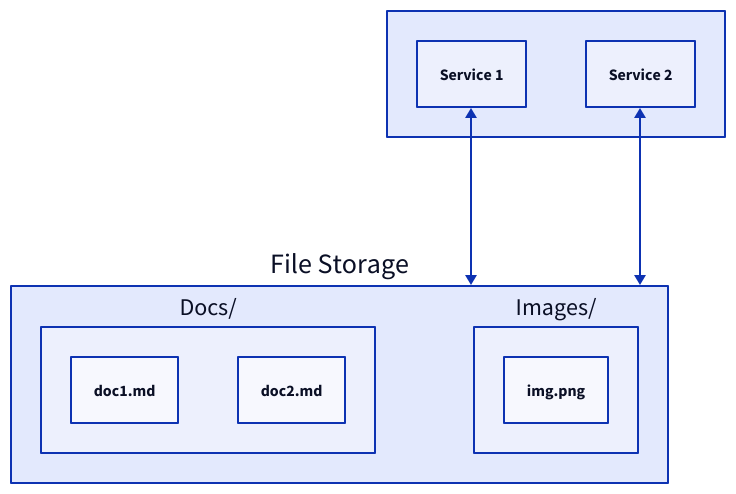
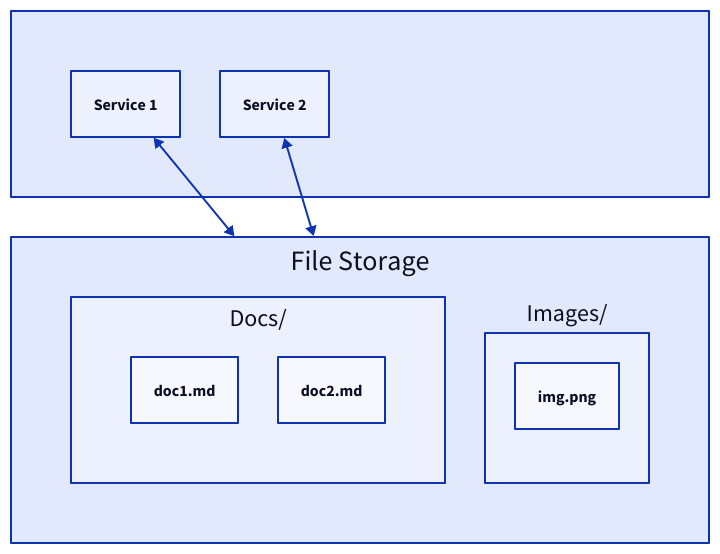
The first of 17 diagrams in content/data-persistence/media-storage.md (link1905/system-design-101), drawn with D2 before and after one commit. The commit also changed other lines of this file and 42 other files, not shown here.

````diff
--- a/content/data-persistence/media-storage.md
+++ b/content/data-persistence/media-storage.md
@@ -25,28 +25,32 @@
 ```d2
+grid-rows: 2
 s: "" {
   class: none
+  grid-rows: 1
   s1: Service 1 {
     class: server
   }
   s2: Service 2 {
     class: server
   }
 }
 d1: File Storage {
+  grid-rows: 1
   "Docs/" {
+    grid-rows: 1
     "doc1.md" {
       class: file
     }
     "doc2.md" {
       class: file
     }
   }
   "Images/" {
     "img.png" {
       class: file
     }
   }
 }
 s.s1 <-> d1
 s.s2 <-> d1
 ```
````
